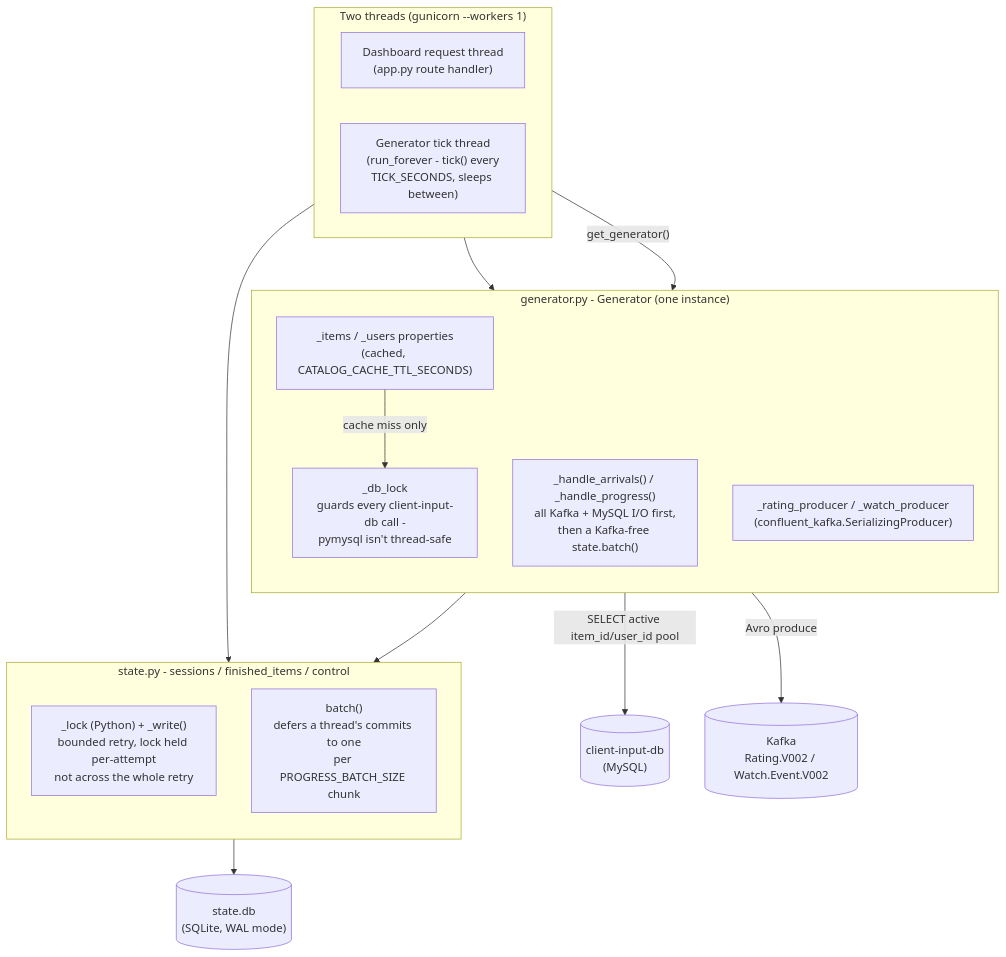
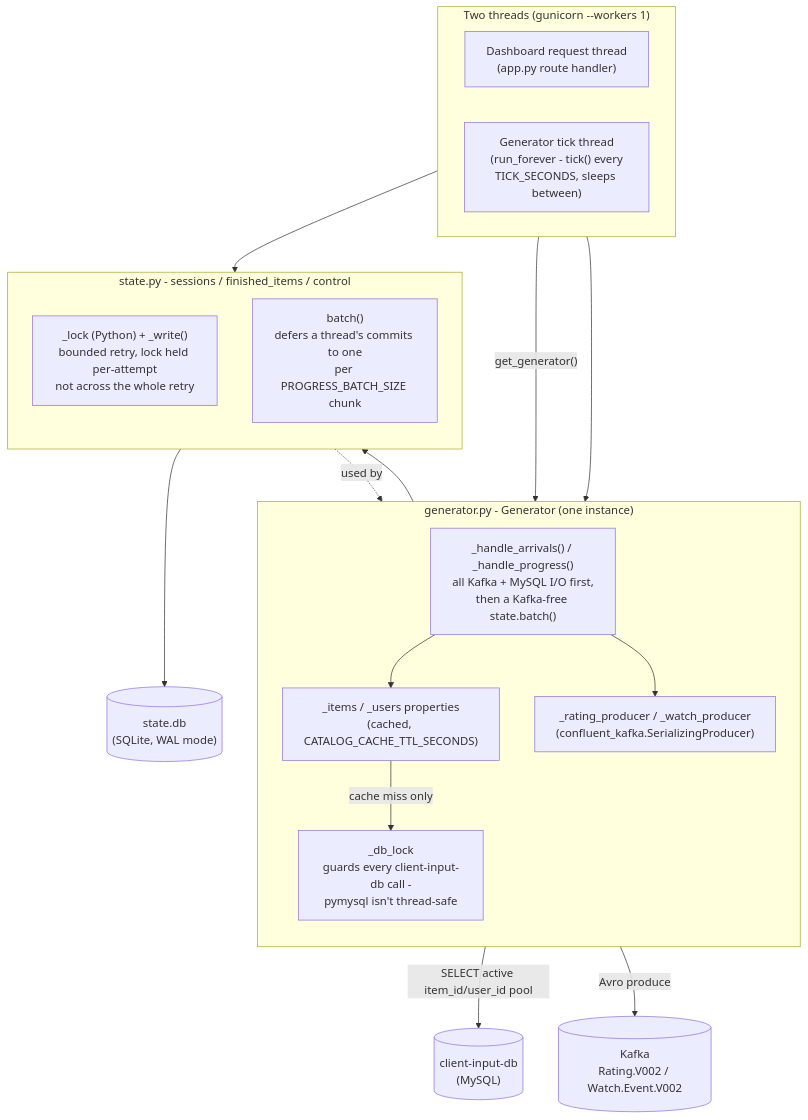
The second of 2 diagrams in client-input/README.md (Erik-Schumann/Project_Data_Engineering), drawn with Mermaid before and after one commit. The commit also changed 2 other files, not shown here.

Commit message:
Fix mermaid rendering in the new internal diagrams
catalog-input/client-input's component diagrams had edges pointing at
subgraph container IDs (e.g. REQ --> Gen, Seed --> NEXTID) instead of
concrete nodes inside them - rewired every edge to a real leaf node.
catalog-input's ER diagram also had single-line compact entity blocks
(genre { text name PK }), not standard mermaid erDiagram syntax; expanded
to one attribute per line like every other entity. Also fixed
reporting-output's ratings entity using a quoted "PK, FK" comment instead
of actual PK,FK key markers.

````diff
--- a/client-input/README.md
+++ b/client-input/README.md
@@ -182,32 +182,35 @@
 ```mermaid
 flowchart TB
     subgraph Threads["Two threads (gunicorn --workers 1)"]
         direction LR
         REQ["Dashboard request thread<br/>(app.py route handler)"]
         TICK["Generator tick thread<br/>(run_forever - tick() every<br/>TICK_SECONDS, sleeps between)"]
     end
 
     subgraph Gen["generator.py - Generator (one instance)"]
         direction TB
         CACHE["_items / _users properties<br/>(cached, CATALOG_CACHE_TTL_SECONDS)"]
         DBLOCK["_db_lock<br/>guards every client-input-db call -<br/>pymysql isn't thread-safe"]
         TICKLOGIC["_handle_arrivals() / _handle_progress()<br/>all Kafka + MySQL I/O first,<br/>then a Kafka-free state.batch()"]
         PRODUCERS["_rating_producer / _watch_producer<br/>(confluent_kafka.SerializingProducer)"]
     end
 
     subgraph State["state.py - sessions / finished_items / control"]
         direction TB
         SLOCK["_lock (Python) + _write()<br/>bounded retry, lock held per-attempt<br/>not across the whole retry"]
         BATCH["batch()<br/>defers a thread's commits to one<br/>per PROGRESS_BATCH_SIZE chunk"]
     end
 
-    REQ -->|"get_generator()"| Gen
-    REQ --> State
-    TICK --> Gen
-    Gen --> State
+    REQ -->|"get_generator()"| CACHE
+    REQ --> SLOCK
+    TICK --> TICKLOGIC
+    TICKLOGIC --> SLOCK
+    TICKLOGIC --> PRODUCERS
+    TICKLOGIC --> CACHE
+    BATCH -.->|"used by"| TICKLOGIC
 
     CACHE -->|"cache miss only"| DBLOCK
     DBLOCK -->|"SELECT active item_id/user_id pool"| CIDB[("client-input-db<br/>(MySQL)")]
     PRODUCERS -->|"Avro produce"| KAFKA[("Kafka<br/>Rating.V002 / Watch.Event.V002")]
     SLOCK --> SDB[("state.db<br/>(SQLite, WAL mode)")]
 ```
````
